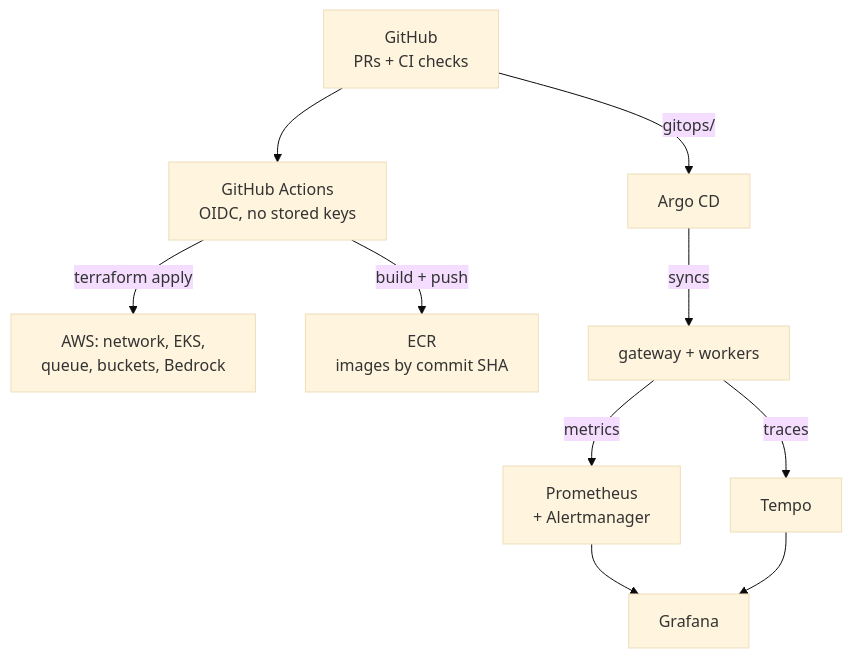
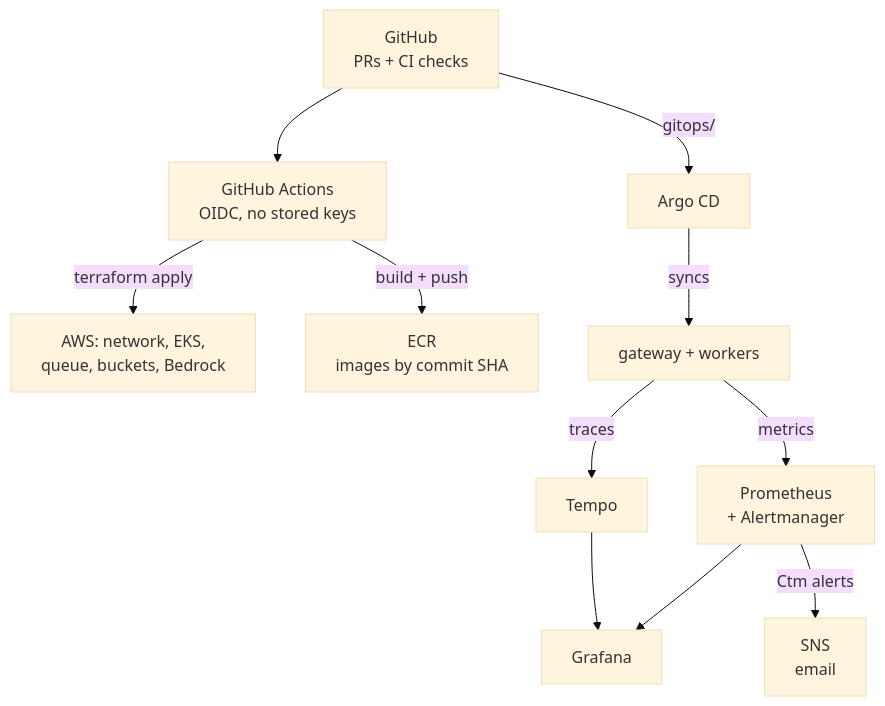
The second of 2 diagrams in README.md (tonydwilliams616/clinical-trial-matching-llmops), drawn with Mermaid (base theme) before and after one commit. The commit also changed other lines of this file and 2 other files, not shown here.

Commit message:
README: 26 Oct EKS re-check, findings fixed, email alerting (#84)

````diff
--- a/README.md
+++ b/README.md
@@ -31,12 +31,13 @@
 ```mermaid
 flowchart TB
   gh["GitHub<br/>PRs + CI checks"] --> gha["GitHub Actions<br/>OIDC, no stored keys"]
   gha -- "terraform apply" --> infra["AWS: network, EKS,<br/>queue, buckets, Bedrock"]
   gha -- "build + push" --> ecr["ECR<br/>images by commit SHA"]
   gh -- "gitops/" --> argo["Argo CD"]
   argo -- "syncs" --> apps["gateway + workers"]
   apps -- "metrics" --> prom["Prometheus<br/>+ Alertmanager"]
   apps -- "traces" --> tempo["Tempo"]
   prom --> graf["Grafana"]
+  prom -- "Ctm alerts" --> sns["SNS<br/>email"]
   tempo --> graf
 ```
````
